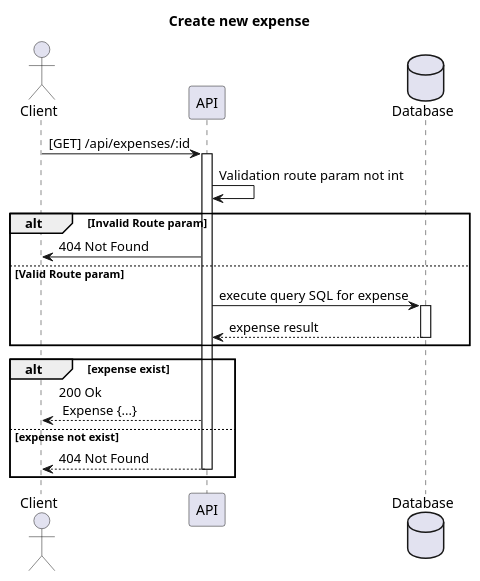
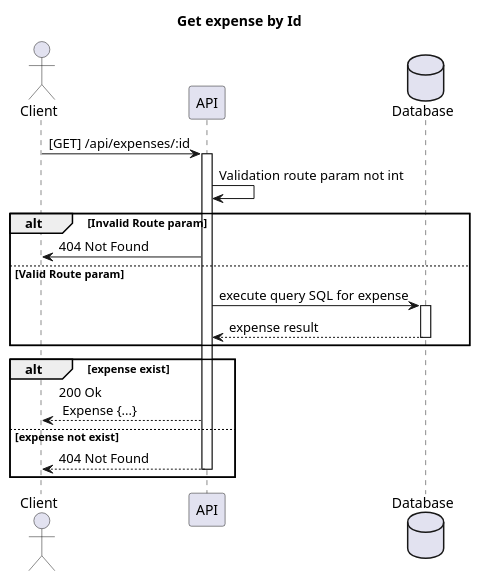
One commit to wasawaz/assessment changed the diagram in docs/sequence-diagram/exp02.plantuml. Above: the diagram before and after it, drawn with PlantUML. The commit also changed 2 other files, not shown here.

Commit message:
rename sequence title name

```diff
--- a/docs/sequence-diagram/exp02.plantuml
+++ b/docs/sequence-diagram/exp02.plantuml
@@ -1,26 +1,26 @@
 @startuml
 
-title: Create new expense
+title: Get expense by Id
 actor Client
 participant API
 database Database 
 
 Client -> API: [GET] /api/expenses/:id
 activate API
 API -> API: Validation route param not int
 alt Invalid Route param
 API -> Client: 404 Not Found
 else Valid Route param
 API -> Database: execute query SQL for expense
 activate Database
 Database --> API: expense result
 deactivate Database
 end
 alt expense exist
 API --> Client: 200 Ok \n Expense {...}
 else expense not exist
 API --> Client: 404 Not Found
 deactivate API
 end
 
 @enduml
```
